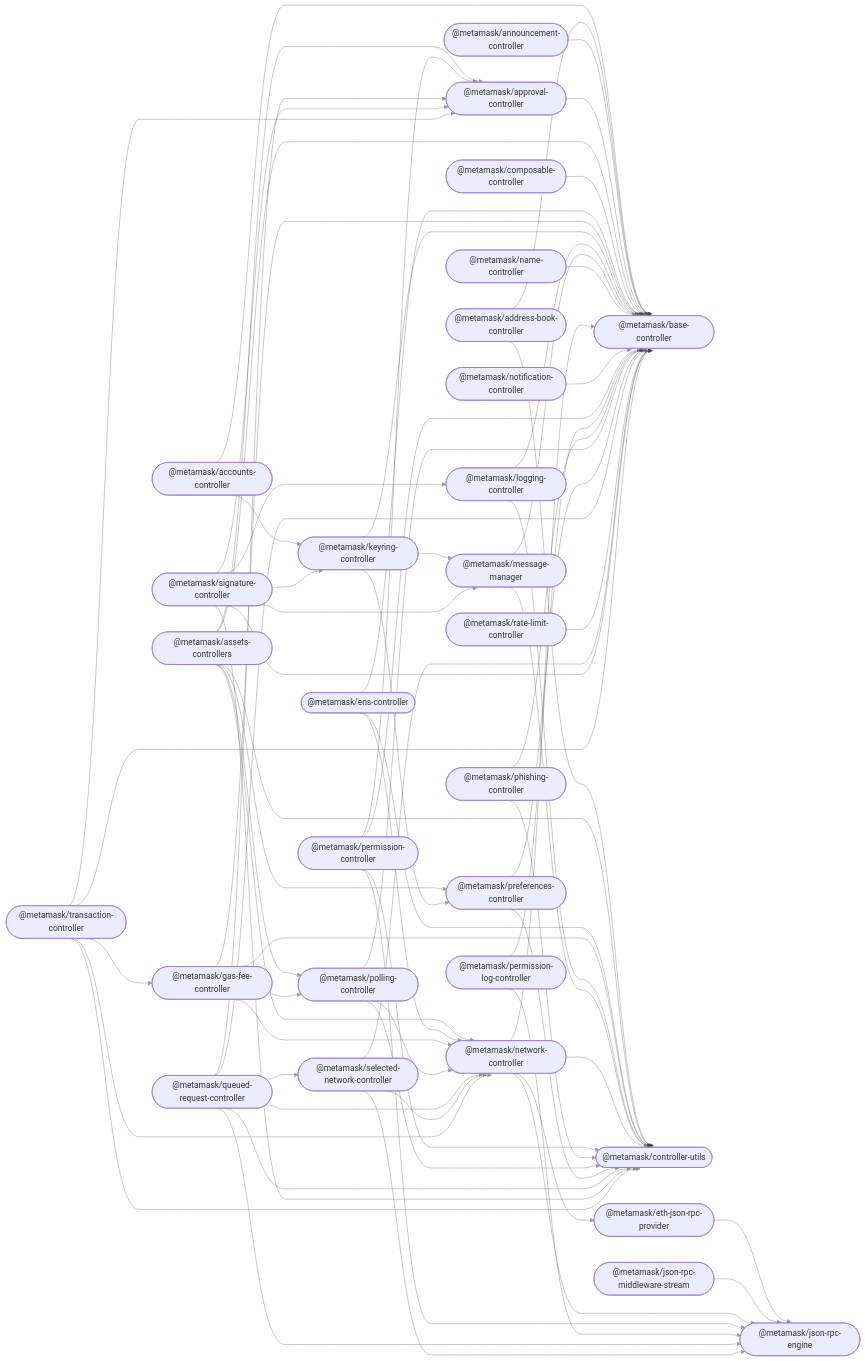
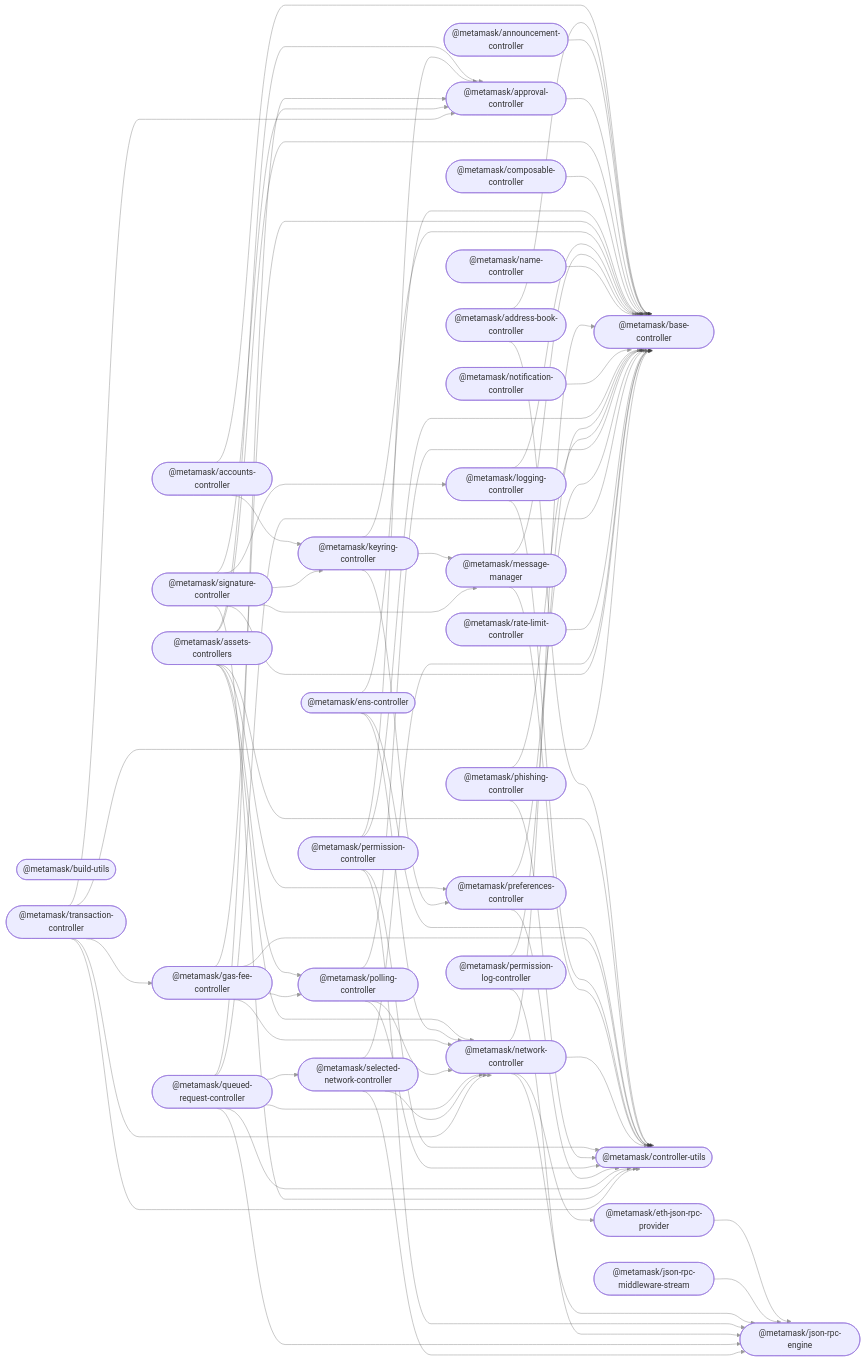
One commit to MetaMask/core changed the diagram in README.md. Above: the diagram before and after it, drawn with Mermaid. The commit also changed other lines of this file and 245 other files, not shown here.

```diff
--- a/README.md
+++ b/README.md
@@ -50,6 +55,7 @@
   approval_controller(["@metamask/approval-controller"]);
   assets_controllers(["@metamask/assets-controllers"]);
   base_controller(["@metamask/base-controller"]);
+  build_utils(["@metamask/build-utils"]);
   composable_controller(["@metamask/composable-controller"]);
   controller_utils(["@metamask/controller-utils"]);
   ens_controller(["@metamask/ens-controller"]);
@@ -121,12 +127,12 @@
   polling_controller --> network_controller;
   preferences_controller --> base_controller;
   preferences_controller --> controller_utils;
+  queued_request_controller --> approval_controller;
   queued_request_controller --> base_controller;
   queued_request_controller --> controller_utils;
   queued_request_controller --> json_rpc_engine;
   queued_request_controller --> network_controller;
   queued_request_controller --> selected_network_controller;
-  queued_request_controller --> approval_controller;
   rate_limit_controller --> base_controller;
   selected_network_controller --> base_controller;
   selected_network_controller --> json_rpc_engine;
@@ -134,9 +140,9 @@
   signature_controller --> approval_controller;
   signature_controller --> base_controller;
   signature_controller --> controller_utils;
+  signature_controller --> keyring_controller;
   signature_controller --> logging_controller;
   signature_controller --> message_manager;
-  signature_controller --> keyring_controller;
   transaction_controller --> approval_controller;
   transaction_controller --> base_controller;
   transaction_controller --> controller_utils;
```
